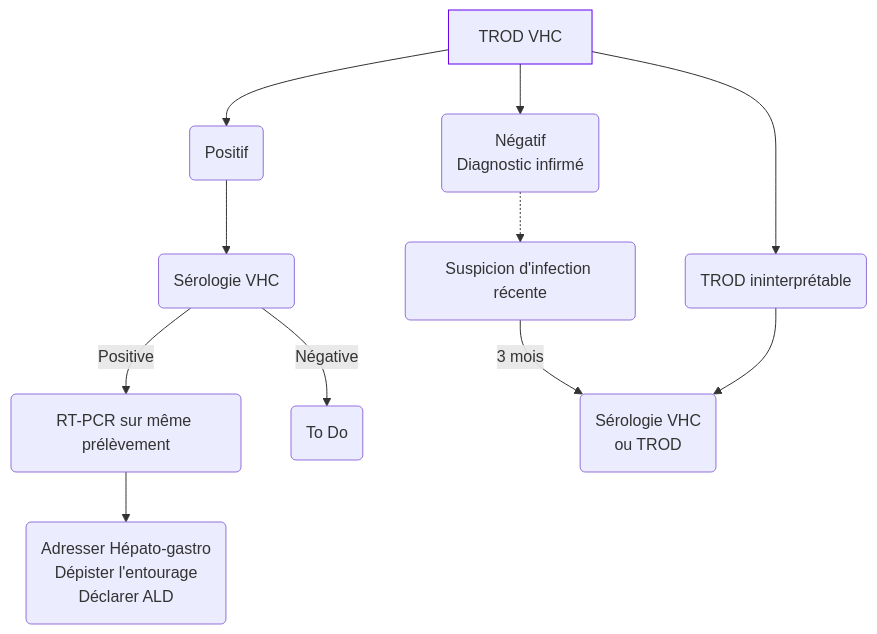
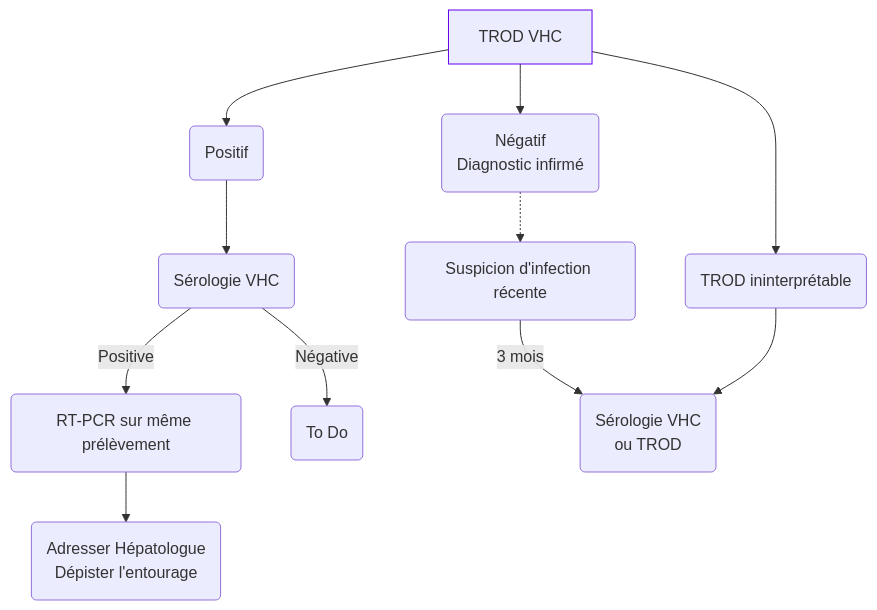
One commit to djibe/recommandations-medicales changed the second of 2 diagrams in content/recommandations/hepatite-c.md. Above: the diagram before and after it, drawn with Mermaid. The commit also changed other lines of this file and 11 other files, not shown here.

```diff
--- a/content/recommandations/hepatite-c.md
+++ b/content/recommandations/hepatite-c.md
@@ -162,14 +162,14 @@
 {{< mermaid >}}
 graph TB
   trod[TROD VHC] --> trod+(Positif)
   style trod stroke:#6200ee, stroke-width:1px
   trod+ --> serologie(Sérologie VHC)
     serologie -- Positive --> pcr(RT-PCR sur même prélèvement)
-    pcr --> mg(Adresser Hépato-gastro<br>Dépister l'entourage<br>Déclarer ALD)
+    pcr --> mg(Adresser Hépatologue<br>Dépister l'entourage)
     serologie -- Négative --> TODO(To Do)
   trod --> trod-(Négatif<br>Diagnostic infirmé)
     trod- -.-> infRecente(Suspicion d'infection récente)
     infRecente -- 3 mois --> 3mois(Sérologie VHC<br>ou TROD)
   trod --> trodIncertain(TROD ininterprétable)
     trodIncertain --> 3mois
 {{< /mermaid >}}
```
